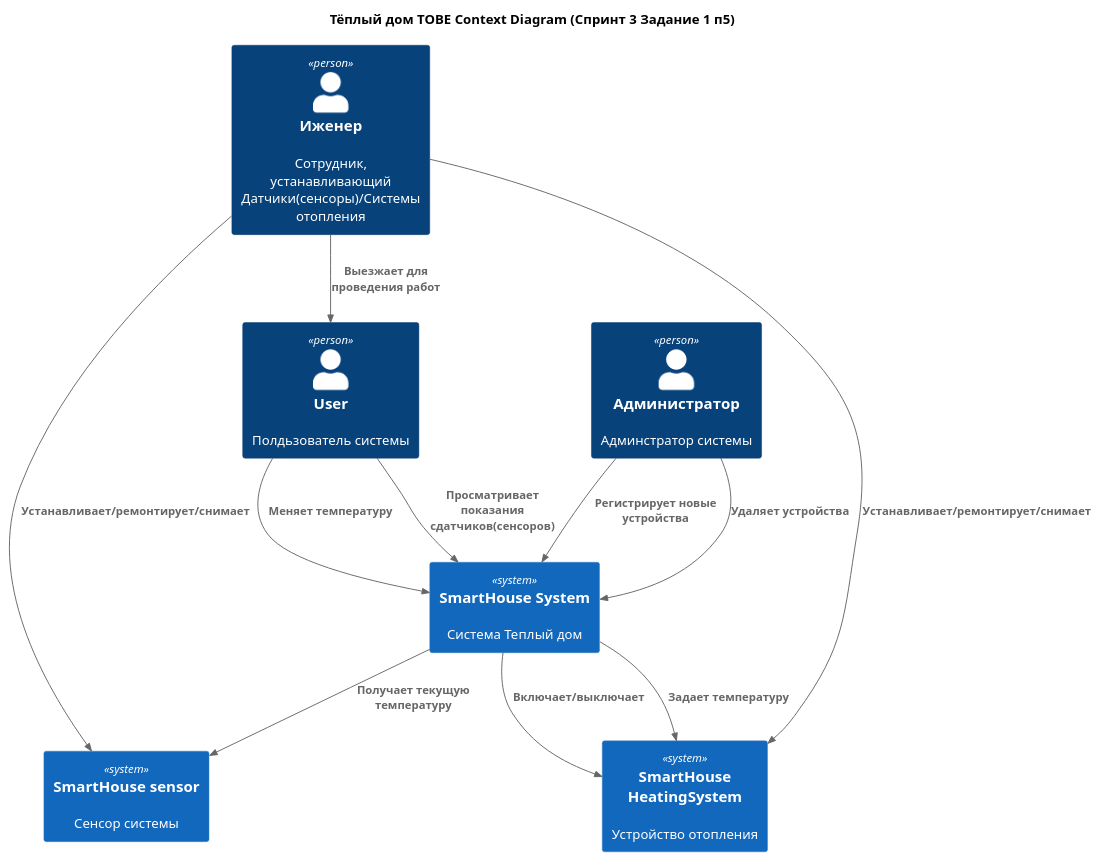
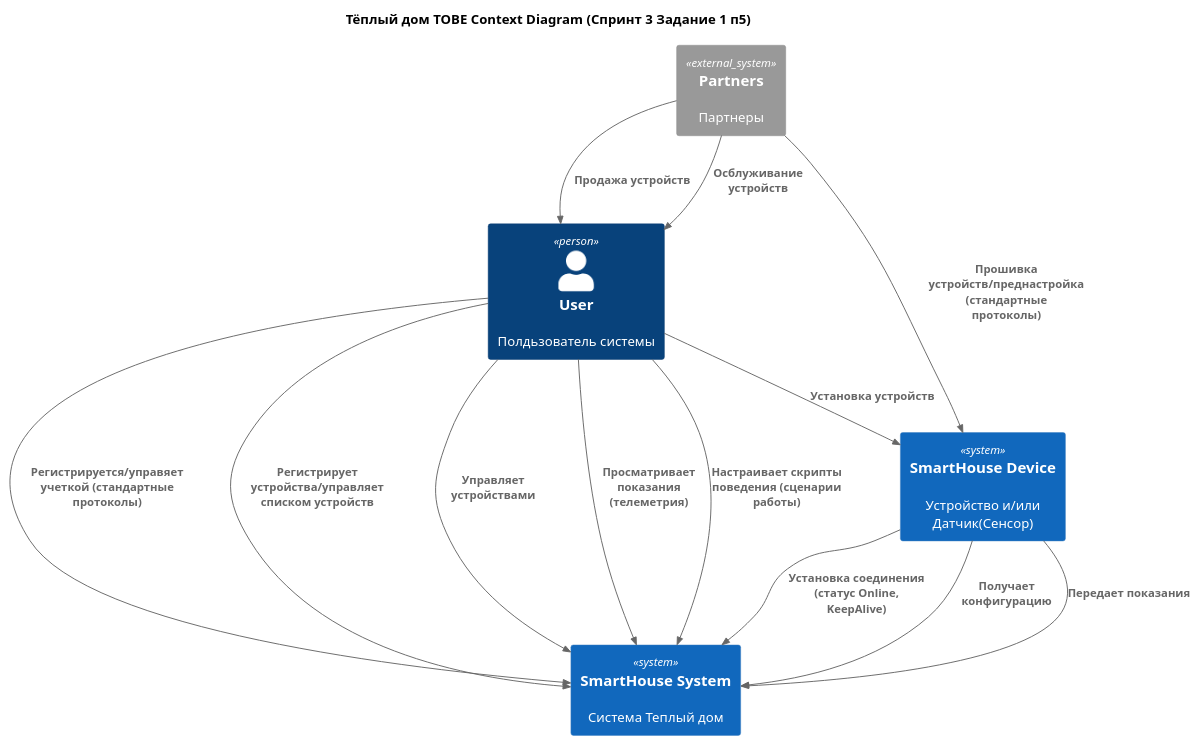
Before and after one commit to MikhailGrv/architecture-sprint-3: the diagram in docs/SmartHome TOBE Context.puml, drawn with PlantUML. The commit also changed 1 other file, not shown here.

```diff
--- a/docs/SmartHome TOBE Context.puml
+++ b/docs/SmartHome TOBE Context.puml
@@ -1,29 +1,43 @@
 @startuml name SmartHouse
 title Тёплый дом TOBE Context Diagram (Спринт 3 Задание 1 п5)
 
 top to bottom direction
 
 !include https://raw.githubusercontent.com/RicardoNiepel/C4-PlantUML/master/C4_Component.puml
 
 Person(user, "User", "Полдьзователь системы")
-Person(admin, "Администратор", "Админстратор системы")
-Person(engineer, "Иженер", "Сотрудник, устанавливающий Датчики(сенсоры)/Системы отопления")
 System(smartHouse, "SmartHouse System", "Система Теплый дом")
-System(sensor, "SmartHouse sensor", "Сенсор системы")
-System(heatingSystem, "SmartHouse HeatingSystem", "Устройство отопления")
+'System(sensor, "SmartHouse sensor", "Сенсор системы")
+System(smartHouseDevice, "SmartHouse Device", "Устройство и/или Датчик(Сенсор)")
+System_Ext(partners, "Partners", "Партнеры")
 
 
-Rel(user, smartHouse, "Меняет температуру")
-Rel(user, smartHouse, "Просматривает показания сдатчиков(сенсоров)")
-Rel(admin, smartHouse, "Регистрирует новые устройства")
-Rel(admin, smartHouse, "Удаляет устройства")
-Rel(engineer, sensor, "Устанавливает/ремонтирует/снимает")
-Rel(engineer, heatingSystem, "Устанавливает/ремонтирует/снимает")
-Rel(engineer, user, "Выезжает для проведения работ")
+'Rel(partners, smartHouse, "Получение документации публичного API")
+Rel(partners, smartHouseDevice, "Прошивка устройств/преднастройка (стандартные протоколы)")
+'Rel(partners, sensor, "Прошивка устройств/преднастройка (стандартные протоколы)")
+'Rel(partners, smartHouse, "TOBE2: регистрация новых типов устройств")
 
-Rel(smartHouse, sensor, "Получает текущую температуру")
-Rel(smartHouse, heatingSystem, "Включает/выключает")
-Rel(smartHouse, heatingSystem, "Задает температуру")
+Rel(partners, user, "Продажа устройств")
+Rel(partners, user, "Осблуживание устройств")
+
+'Rel(user, sensor, "Установка датчиков(сенсоров)")
+Rel(user, smartHouseDevice, "Установка устройств")
+
+Rel(user, smartHouse, "Регистрируется/управяет учеткой (стандартные протоколы)")
+Rel(user, smartHouse, "Регистрирует устройства/управляет списком устройств")
+Rel(user, smartHouse, "Управляет устройствами")
+Rel(user, smartHouse, "Просматривает показания (телеметрия)")
+Rel(user, smartHouse, "Настраивает скрипты поведения (сценарии работы)")
 
 
+' Rel(admin, smartHouse, "Регистрирует новые устройства")
+' Rel(admin, smartHouse, "Удаляет устройства")
+' Rel(engineer, sensor, "Устанавливает/ремонтирует/снимает")
+' Rel(engineer, heatingSystem, "Устанавливает/ремонтирует/снимает")
+
+
+Rel(smartHouseDevice, smartHouse, "Установка соединения (статус Online, KeepAlive)")
+Rel(smartHouseDevice, smartHouse, "Получает конфигурацию")
+Rel(smartHouseDevice, smartHouse, "Передает показания")
+
 @enduml
```
